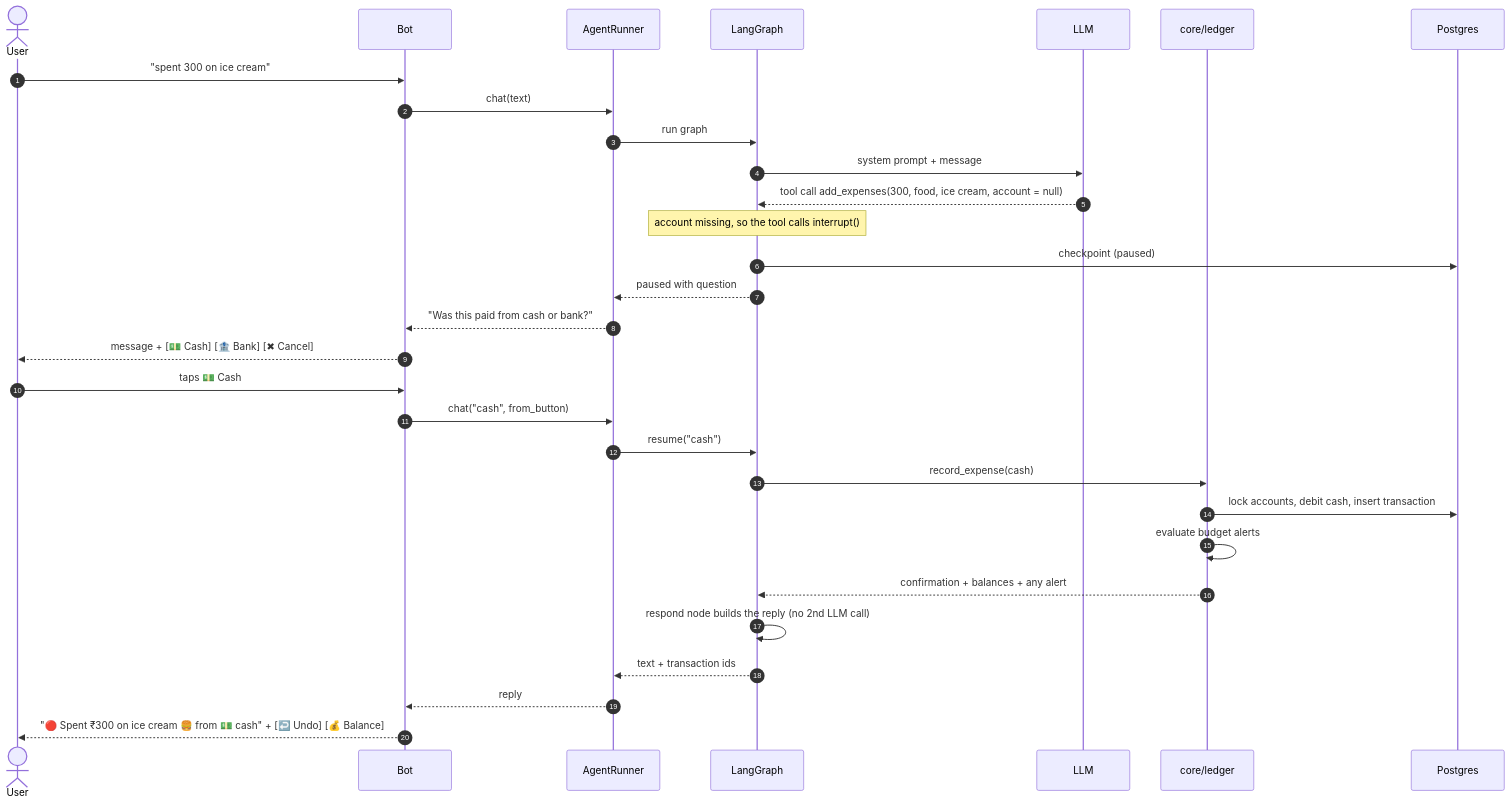
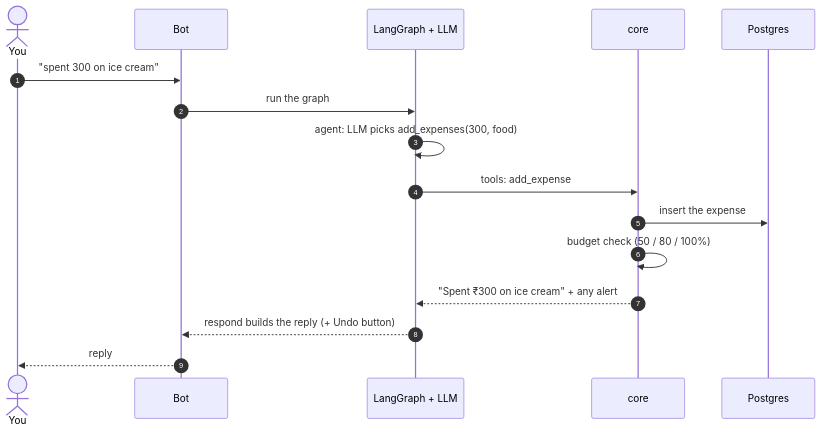
Before and after one commit to yeturu-surya-fission/Expense_Tracker: the second of 12 diagrams in docs/FLOWS.md, drawn with Mermaid. The commit also changed other lines of this file and 3 other files, not shown here.

Commit message:
state diagram added

````diff
--- a/docs/FLOWS.md
+++ b/docs/FLOWS.md
@@ -46,34 +52,19 @@
 ```mermaid
 sequenceDiagram
     autonumber
-    actor U as User
+    actor U as You
     participant B as Bot
-    participant R as AgentRunner
-    participant G as LangGraph
-    participant L as LLM
-    participant C as core/ledger
+    participant G as LangGraph + LLM
+    participant C as core
     participant D as Postgres
 
     U->>B: "spent 300 on ice cream"
-    B->>R: chat(text)
-    R->>G: run graph
-    G->>L: system prompt + message
-    L-->>G: tool call add_expenses(300, food, ice cream, account = null)
-    Note over G: account missing, so the tool calls interrupt()
-    G->>D: checkpoint (paused)
-    G-->>R: paused with question
-    R-->>B: "Was this paid from cash or bank?"
-    B-->>U: message + [💵 Cash] [🏦 Bank] [✖ Cancel]
-
-    U->>B: taps 💵 Cash
-    B->>R: chat("cash", from_button)
-    R->>G: resume("cash")
-    G->>C: record_expense(cash)
-    C->>D: lock accounts, debit cash, insert transaction
-    C->>C: evaluate budget alerts
-    C-->>G: confirmation + balances + any alert
-    G->>G: respond node builds the reply (no 2nd LLM call)
-    G-->>R: text + transaction ids
-    R-->>B: reply
-    B-->>U: "🔴 Spent ₹300 on ice cream 🍔 from 💵 cash" + [↩️ Undo] [💰 Balance]
+    B->>G: run the graph
+    G->>G: agent: LLM picks add_expenses(300, food)
+    G->>C: tools: add_expense
+    C->>D: insert the expense
+    C->>C: budget check (50 / 80 / 100%)
+    C-->>G: "Spent ₹300 on ice cream" + any alert
+    G-->>B: respond builds the reply (+ Undo button)
+    B-->>U: reply
 ```
````
